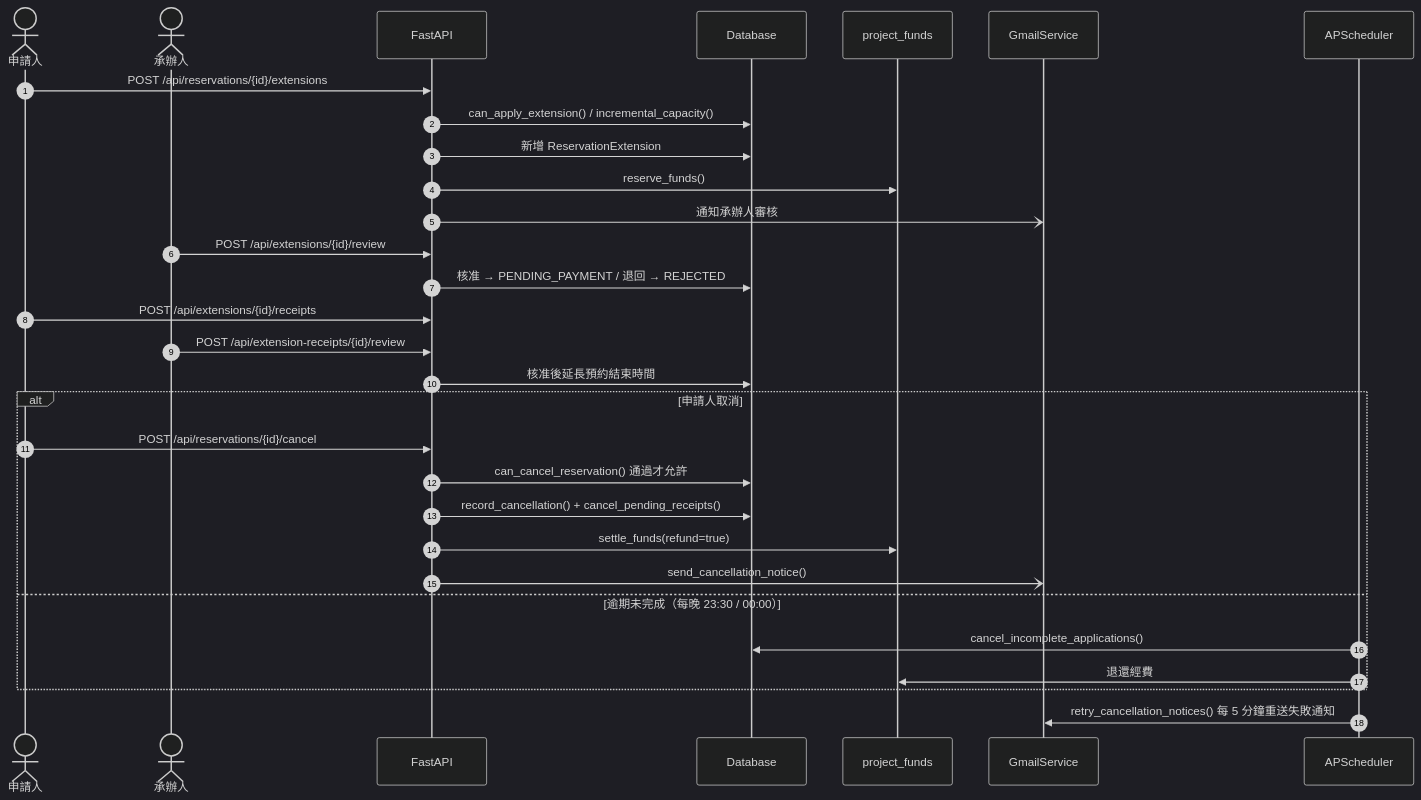
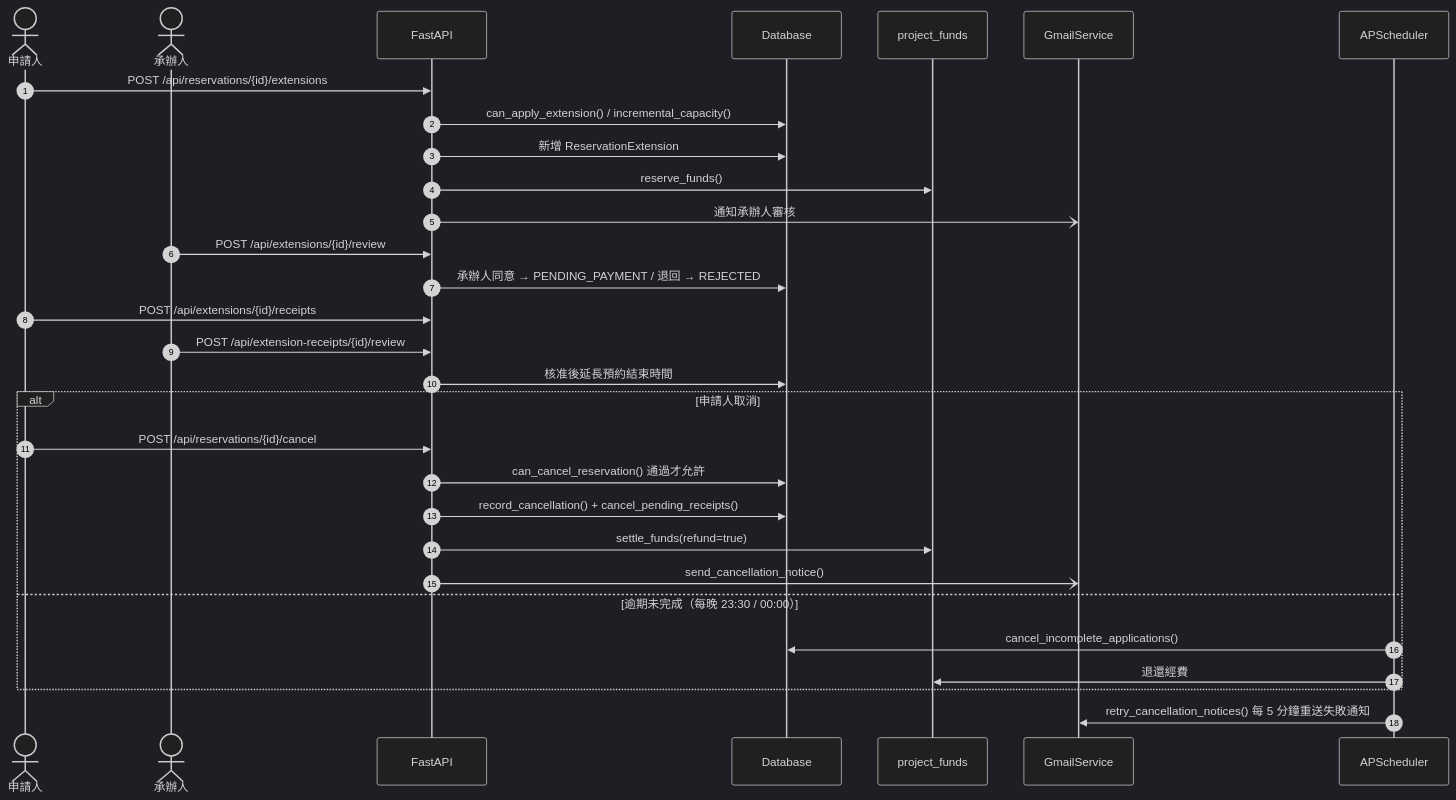
The fourth of 8 diagrams in 小組作業4.md (whenwewerekids/115-b-system-team), drawn with Mermaid (dark theme) before and after one commit. The commit also changed other lines of this file, not shown here.

````diff
--- a/小組作業4.md
+++ b/小組作業4.md
@@ -640,34 +616,34 @@
 ```mermaid
 sequenceDiagram
     autonumber
     actor U as 申請人
     actor H as 承辦人
     participant API as FastAPI
     participant DB as Database
     participant FUND as project_funds
     participant MAIL as GmailService
     participant SCH as APScheduler
 
     U->>API: POST /api/reservations/{id}/extensions
     API->>DB: can_apply_extension() / incremental_capacity()
     API->>DB: 新增 ReservationExtension
     API->>FUND: reserve_funds()
     API-)MAIL: 通知承辦人審核
     H->>API: POST /api/extensions/{id}/review
-    API->>DB: 核准 → PENDING_PAYMENT / 退回 → REJECTED
+    API->>DB: 承辦人同意 → PENDING_PAYMENT / 退回 → REJECTED
     U->>API: POST /api/extensions/{id}/receipts
     H->>API: POST /api/extension-receipts/{id}/review
     API->>DB: 核准後延長預約結束時間
 
     alt 申請人取消
         U->>API: POST /api/reservations/{id}/cancel
         API->>DB: can_cancel_reservation() 通過才允許
         API->>DB: record_cancellation() + cancel_pending_receipts()
         API->>FUND: settle_funds(refund=true)
         API-)MAIL: send_cancellation_notice()
     else 逾期未完成（每晚 23:30 / 00:00）
         SCH->>DB: cancel_incomplete_applications()
         SCH->>FUND: 退還經費
     end
     SCH->>MAIL: retry_cancellation_notices() 每 5 分鐘重送失敗通知
 ```
````
